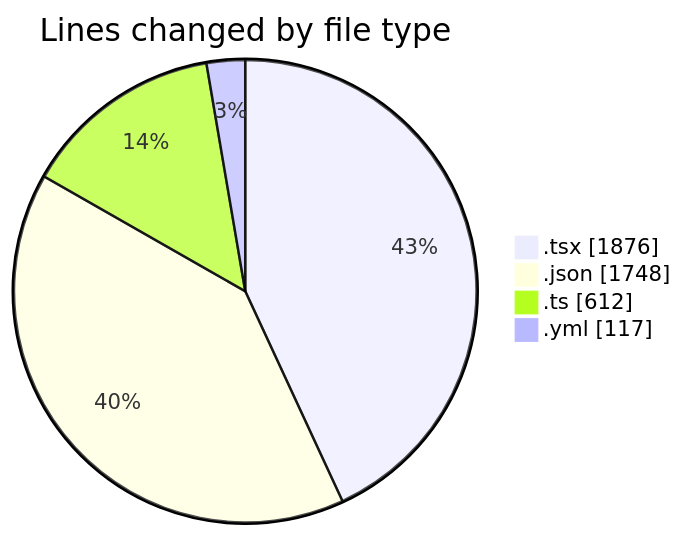
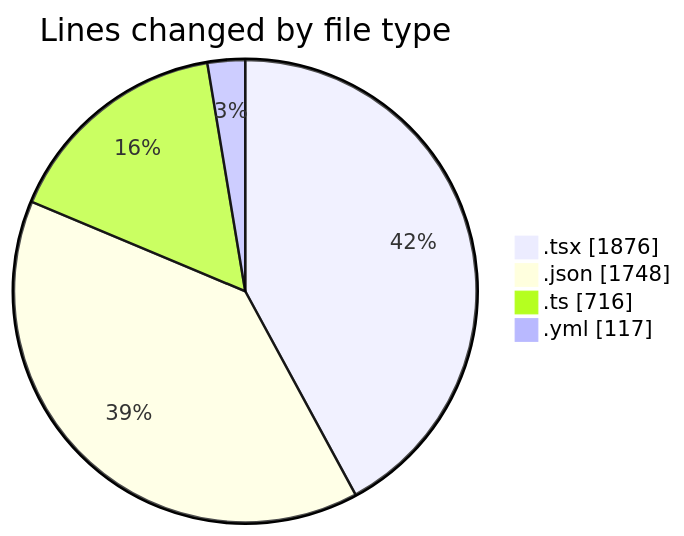
One commit to julien-gomy/code-tracking changed the first of 2 diagrams in 2025-10-30/eventscop-frontend-guide__workspace_/README.md. Above: the diagram before and after it, drawn with Mermaid. The commit also changed other lines of this file and 1 other file, not shown here.

````diff
--- a/2025-10-30/eventscop-frontend-guide__workspace_/README.md
+++ b/2025-10-30/eventscop-frontend-guide__workspace_/README.md
@@ -40,8 +41,8 @@
 ```mermaid
 pie showData
 title Lines changed by file type
 ".tsx" : 1876
 ".json" : 1748
-".ts" : 612
+".ts" : 716
 ".yml" : 117
 ```
````
